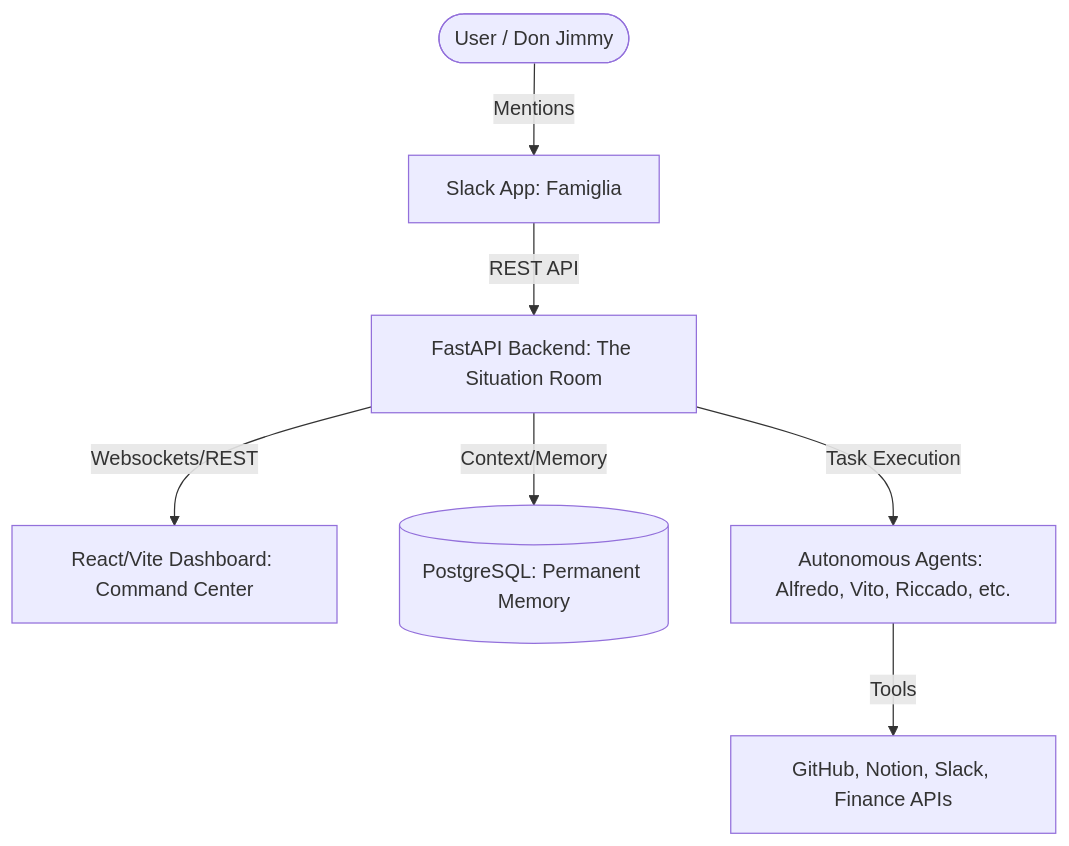
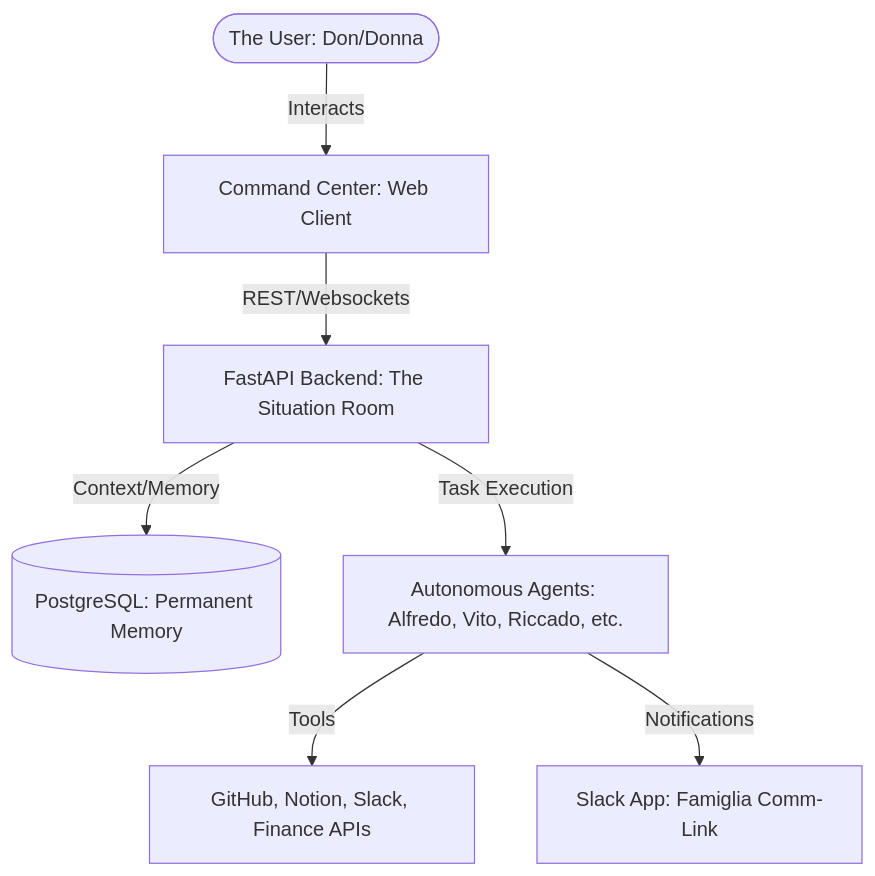
The diagram in README.md (AI-Passione/famiglia-core), drawn with Mermaid before and after one commit. The commit also changed other lines of this file and 4 other files, not shown here.

````diff
--- a/README.md
+++ b/README.md
@@ -17,9 +39,9 @@
 ```mermaid
 graph TD
-    User([User / Don Jimmy]) -->|Mentions| Slack[Slack App: Famiglia]
-    Slack -->|REST API| Backend[FastAPI Backend: The Situation Room]
-    Backend -->|Websockets/REST| Dashboard[React/Vite Dashboard: Command Center]
+    User([The User: Don/Donna]) -->|Interacts| Dashboard[Command Center: Web Client]
+    Dashboard -->|REST/Websockets| Backend[FastAPI Backend: The Situation Room]
     Backend -->|Context/Memory| DB[(PostgreSQL: Permanent Memory)]
     Backend -->|Task Execution| Agents[Autonomous Agents: Alfredo, Vito, Riccado, etc.]
     Agents -->|Tools| External[GitHub, Notion, Slack, Finance APIs]
+    Agents -->|Notifications| Slack[Slack App: Famiglia Comm-Link]
 ```
````
